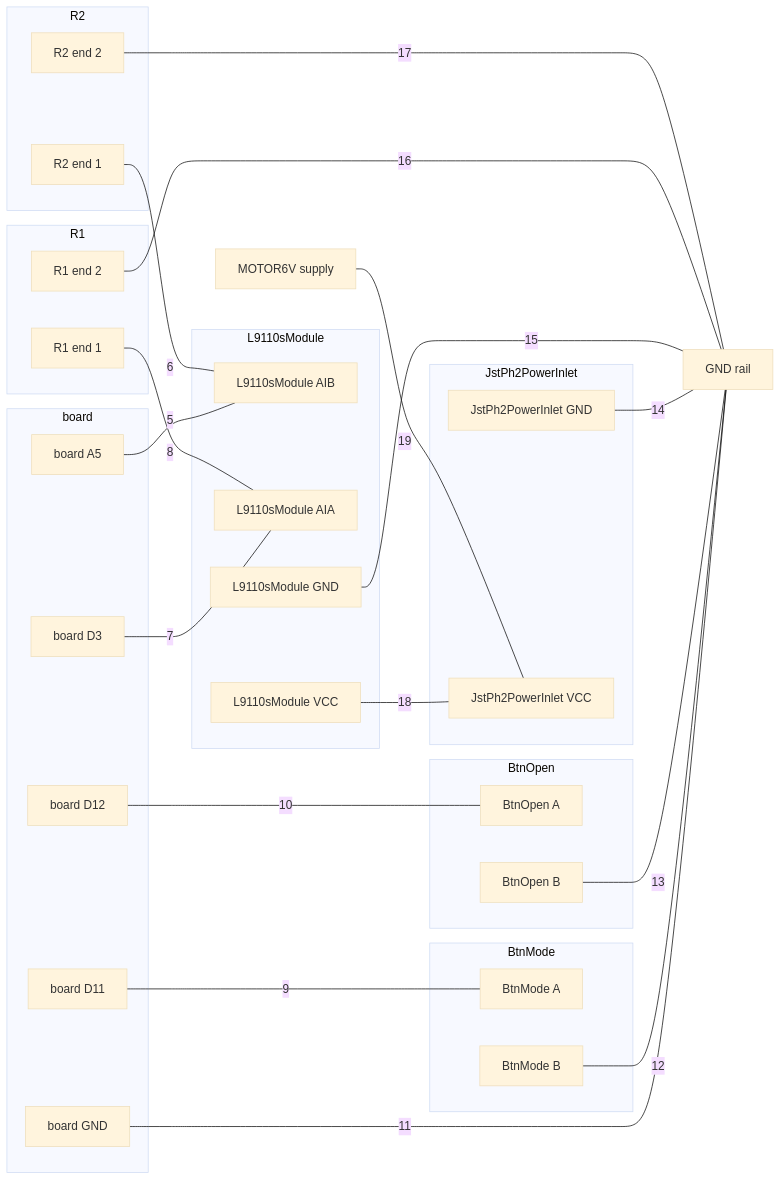
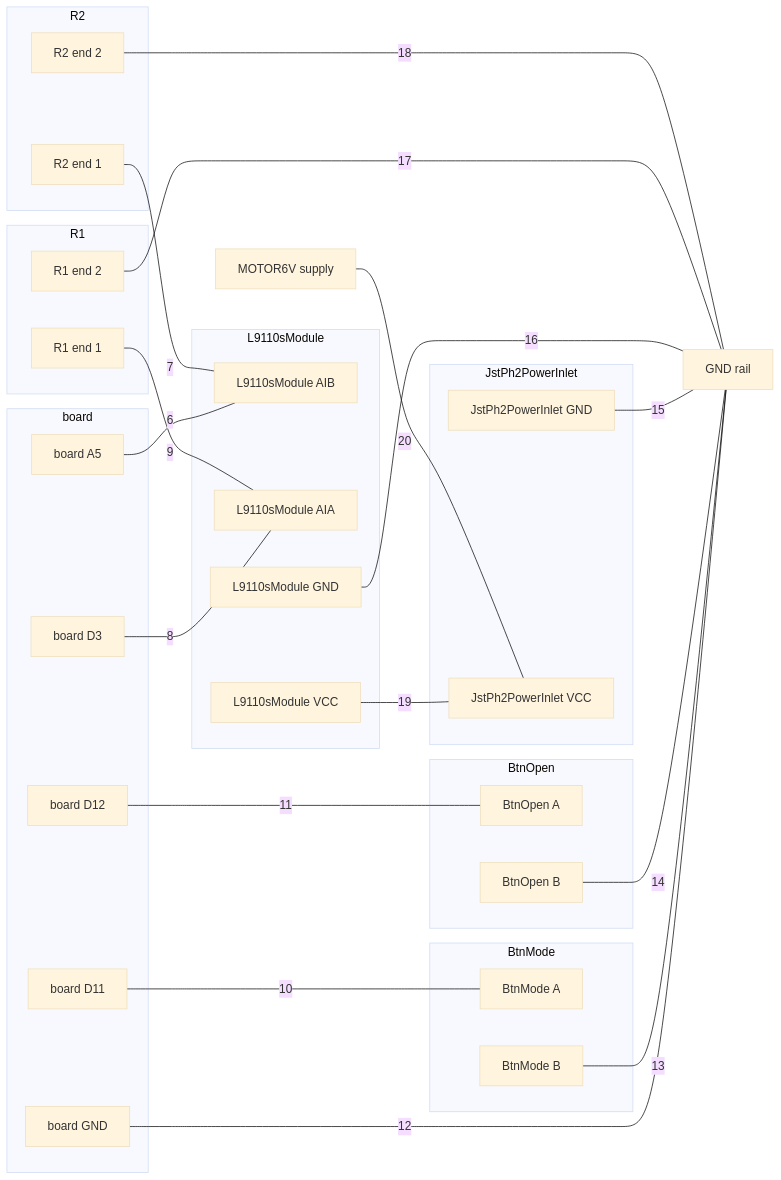
Before and after one commit to xmejkal/spark: the diagram in tests/data/breadboard/motor/breadboard.expected.md, drawn with Mermaid (base theme). The commit also changed other lines of this file and 5 other files, not shown here.

````diff
--- a/tests/data/breadboard/motor/breadboard.expected.md
+++ b/tests/data/breadboard/motor/breadboard.expected.md
@@ -48,53 +48,53 @@
 ```mermaid
 flowchart LR
   subgraph g1["board"]
     n1["board A5"]
     n2["board D3"]
     n3["board D11"]
     n4["board D12"]
     n5["board GND"]
   end
   subgraph g2["L9110sModule"]
     n6["L9110sModule AIB"]
     n7["L9110sModule AIA"]
     n8["L9110sModule GND"]
     n9["L9110sModule VCC"]
   end
   subgraph g3["R2"]
     n10["R2 end 1"]
     n11["R2 end 2"]
   end
   subgraph g4["R1"]
     n12["R1 end 1"]
     n13["R1 end 2"]
   end
   subgraph g5["BtnMode"]
     n14["BtnMode A"]
     n15["BtnMode B"]
   end
   subgraph g6["BtnOpen"]
     n16["BtnOpen A"]
     n17["BtnOpen B"]
   end
   subgraph g7["JstPh2PowerInlet"]
     n18["JstPh2PowerInlet GND"]
     n19["JstPh2PowerInlet VCC"]
   end
   n20["GND rail"]
   n21["MOTOR6V supply"]
-  n1 ---|"5"| n6
-  n10 ---|"6"| n6
-  n2 ---|"7"| n7
-  n12 ---|"8"| n7
-  n3 ---|"9"| n14
-  n4 ---|"10"| n16
-  n5 ---|"11"| n20
-  n15 ---|"12"| n20
-  n17 ---|"13"| n20
-  n18 ---|"14"| n20
-  n8 ---|"15"| n20
-  n13 ---|"16"| n20
-  n11 ---|"17"| n20
-  n9 ---|"18"| n19
-  n21 ---|"19"| n19
+  n1 ---|"6"| n6
+  n10 ---|"7"| n6
+  n2 ---|"8"| n7
+  n12 ---|"9"| n7
+  n3 ---|"10"| n14
+  n4 ---|"11"| n16
+  n5 ---|"12"| n20
+  n15 ---|"13"| n20
+  n17 ---|"14"| n20
+  n18 ---|"15"| n20
+  n8 ---|"16"| n20
+  n13 ---|"17"| n20
+  n11 ---|"18"| n20
+  n9 ---|"19"| n19
+  n21 ---|"20"| n19
 ```
````
